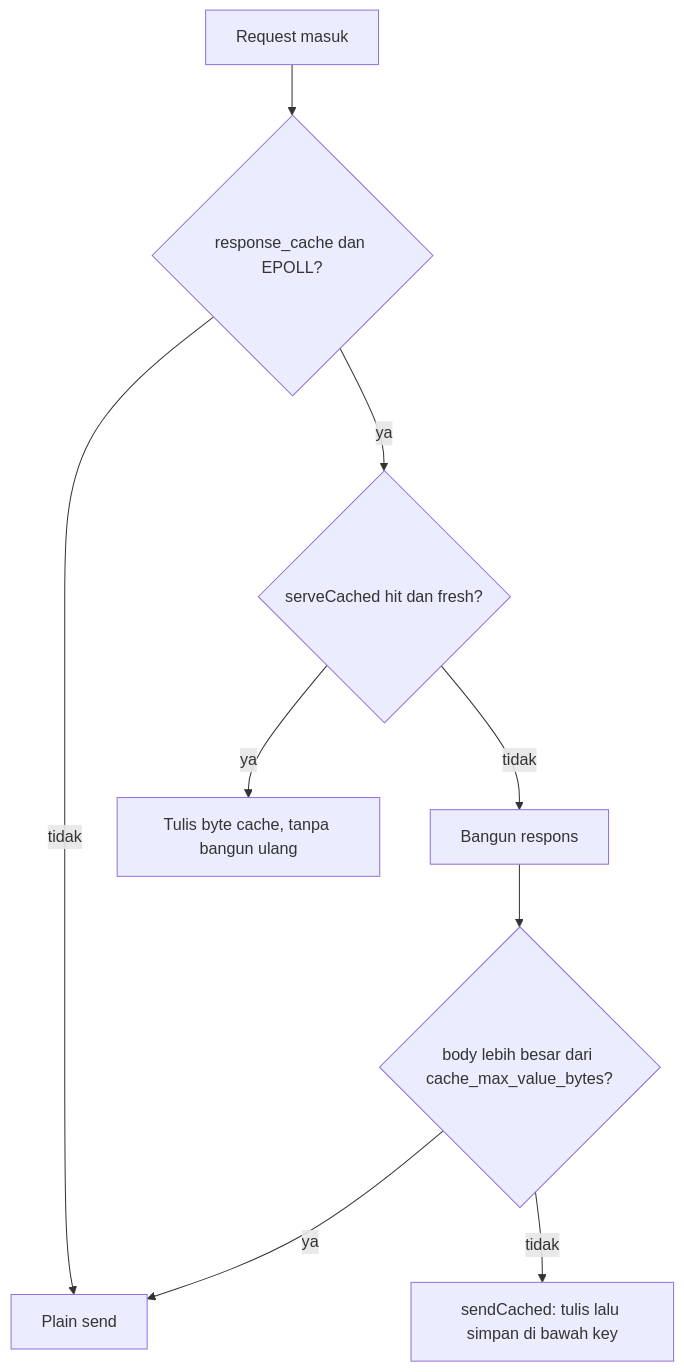
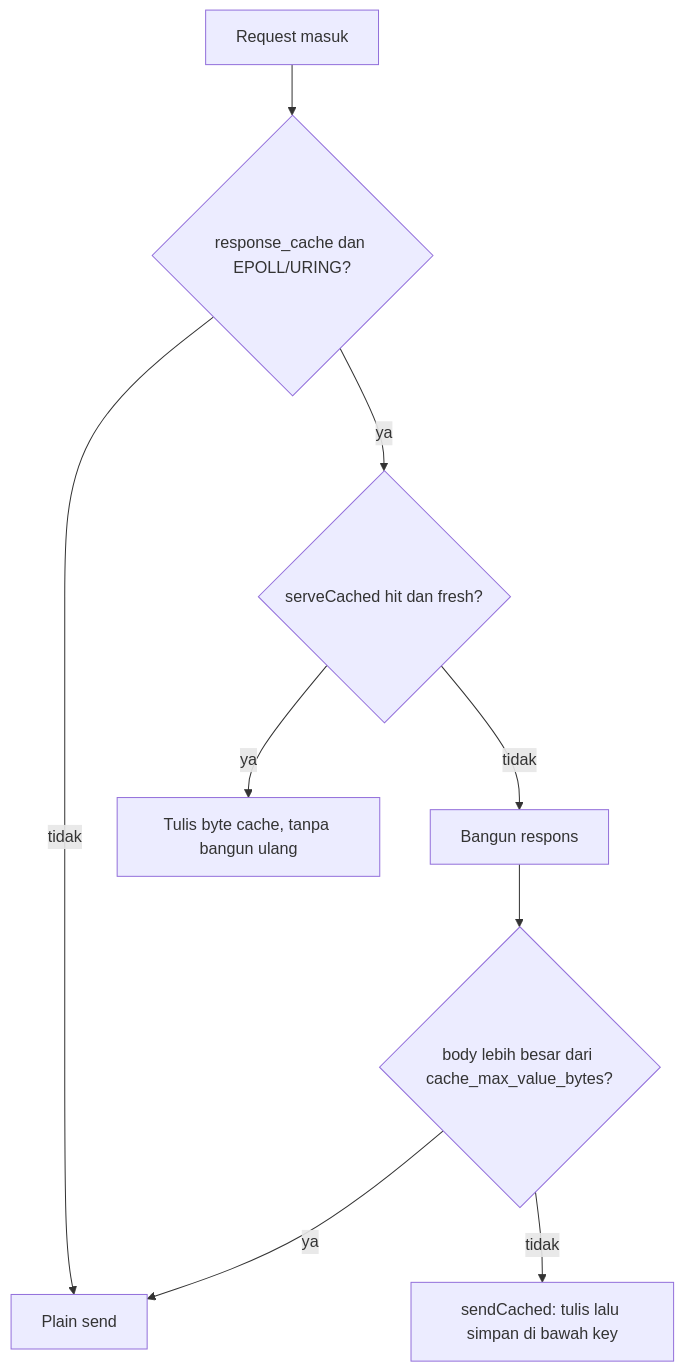
One commit to prothegee/zix changed the diagram in README-id.md. Above: the diagram before and after it, drawn with Mermaid. The commit also changed other lines of this file, not shown here.

````diff
--- a/README-id.md
+++ b/README-id.md
@@ -1215,11 +1216,11 @@
 ```mermaid
 flowchart TD
-    A[Request masuk] --> B{response_cache dan EPOLL?}
+    A[Request masuk] --> B{response_cache dan EPOLL/URING?}
     B -- tidak --> P[Plain send]
     B -- ya --> C{serveCached hit dan fresh?}
     C -- ya --> W[Tulis byte cache, tanpa bangun ulang]
     C -- tidak --> D[Bangun respons]
     D --> E{body lebih besar dari cache_max_value_bytes?}
     E -- ya --> P
     E -- tidak --> S[sendCached: tulis lalu simpan di bawah key]
 ```
````
